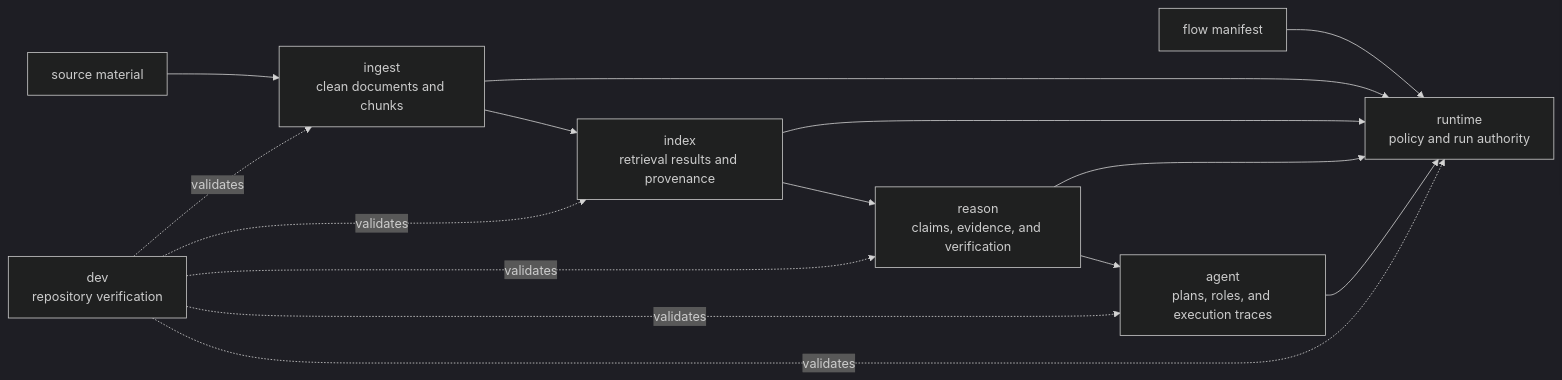
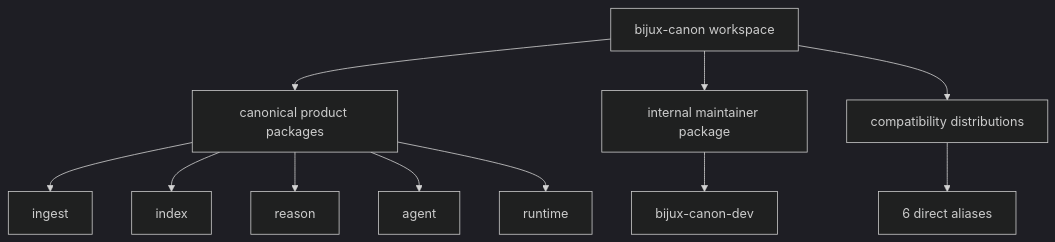
The diagram in docs/01-bijux-canon/foundation/package-map.md (bijux/bijux-canon), drawn with Mermaid (dark theme) before and after one commit. The commit also changed other lines of this file and 2 other files, not shown here.

Commit message:
docs(platform): define package authority and repository scope

````diff
--- a/docs/01-bijux-canon/foundation/package-map.md
+++ b/docs/01-bijux-canon/foundation/package-map.md
@@ -22,19 +19,19 @@
 ```mermaid
-flowchart LR
-    source["source material"] --> ingest["ingest<br/>clean documents and chunks"]
-    ingest --> index["index<br/>retrieval results and provenance"]
-    index --> reason["reason<br/>claims, evidence, and verification"]
-    reason --> agent["agent<br/>plans, roles, and execution traces"]
+flowchart TD
+    workspace["bijux-canon workspace"]
+    product["canonical product packages"]
+    support["internal maintainer package"]
+    continuity["compatibility distributions"]
 
-    manifest["flow manifest"] --> runtime["runtime<br/>policy and run authority"]
-    ingest --> runtime
-    index --> runtime
-    reason --> runtime
-    agent --> runtime
+    workspace --> product
+    workspace --> support
+    workspace --> continuity
 
-    dev["dev<br/>repository verification"] -. validates .-> ingest
-    dev -. validates .-> index
-    dev -. validates .-> reason
-    dev -. validates .-> agent
-    dev -. validates .-> runtime
+    product --> ingest["ingest"]
+    product --> index["index"]
+    product --> reason["reason"]
+    product --> agent["agent"]
+    product --> runtime["runtime"]
+    support --> dev["bijux-canon-dev"]
+    continuity --> aliases["6 direct aliases"]
 ```
````
